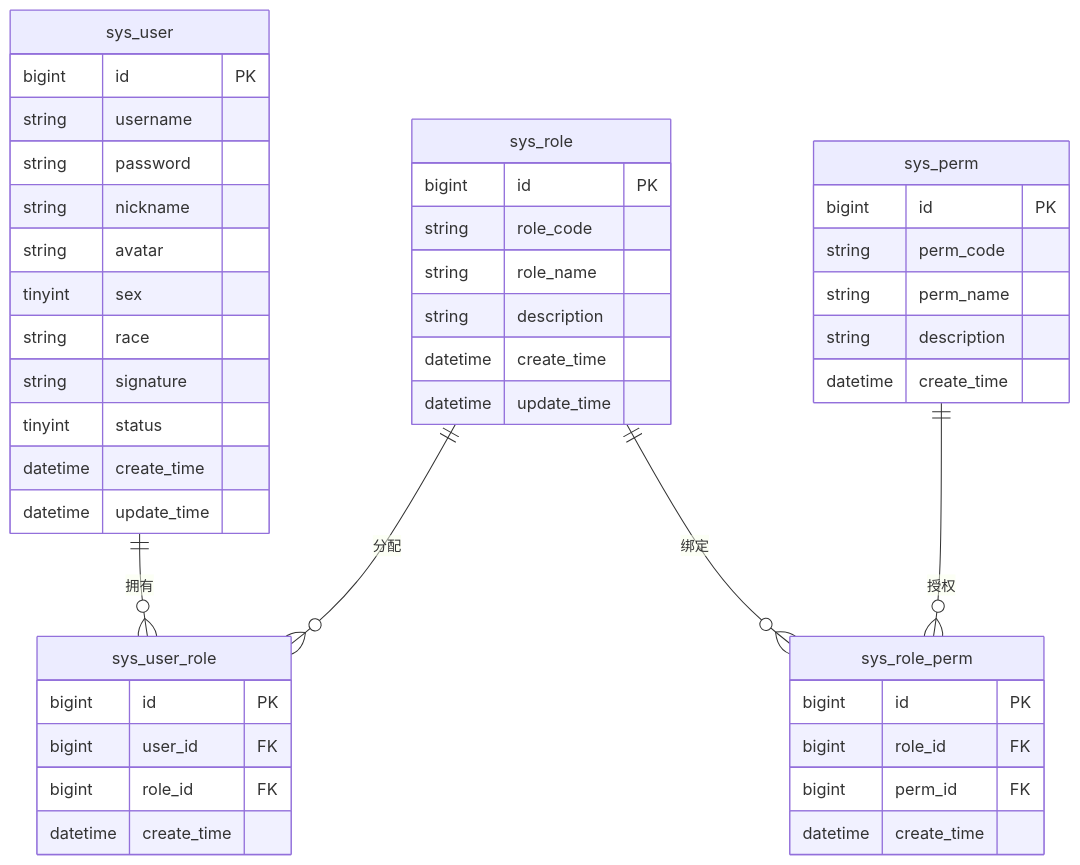
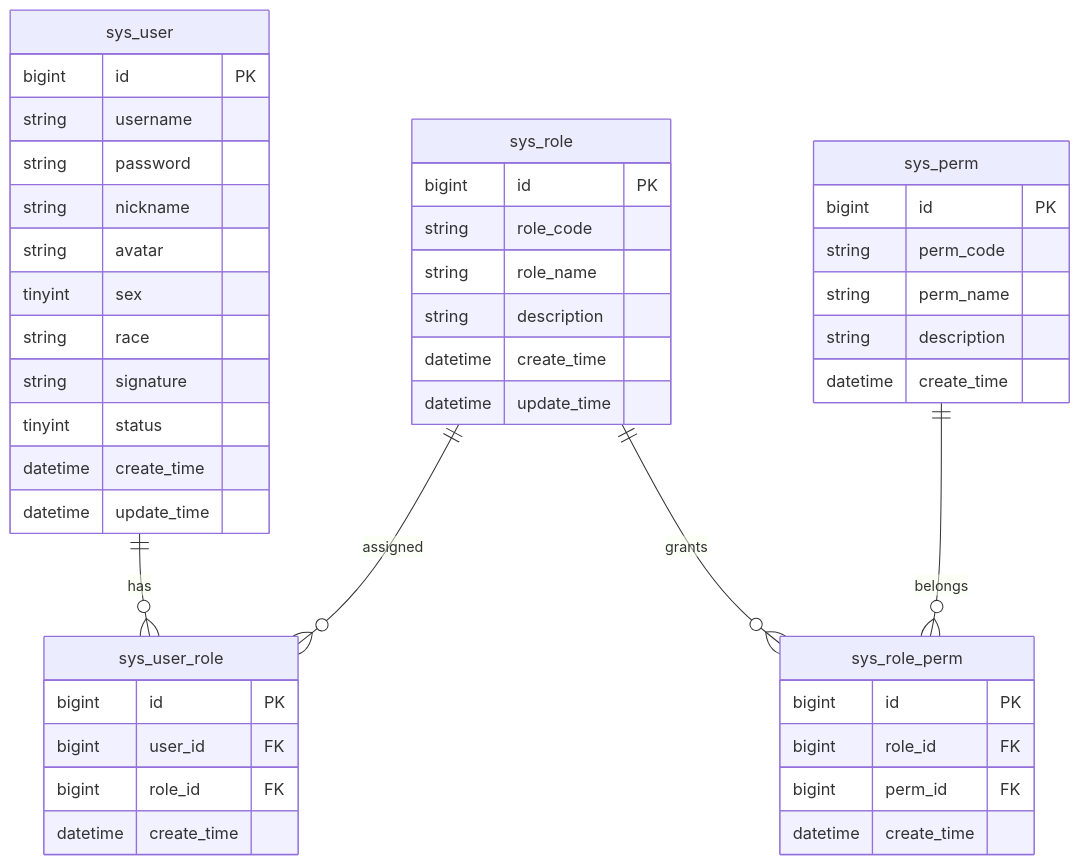
Before and after one commit to Nobeta-Work/faramita-bbs: the first of 2 diagrams in docs/v0.3.0/FRMT BBS v0.3.0 PRD.md, drawn with Mermaid. The commit also changed other lines of this file and 5 other files, not shown here.

````diff
--- a/docs/v0.3.0/FRMT BBS v0.3.0 PRD.md
+++ b/docs/v0.3.0/FRMT BBS v0.3.0 PRD.md
@@ -74,48 +67,48 @@
 ```mermaid
 erDiagram
     sys_user {
         bigint id PK
         string username
         string password
         string nickname
         string avatar
         tinyint sex
         string race
         string signature
         tinyint status
         datetime create_time
         datetime update_time
     }
     sys_role {
         bigint id PK
         string role_code
         string role_name
         string description
         datetime create_time
         datetime update_time
     }
     sys_perm {
         bigint id PK
         string perm_code
         string perm_name
         string description
         datetime create_time
     }
     sys_user_role {
         bigint id PK
         bigint user_id FK
         bigint role_id FK
         datetime create_time
     }
     sys_role_perm {
         bigint id PK
         bigint role_id FK
         bigint perm_id FK
         datetime create_time
     }
-  
-    sys_user ||--o{ sys_user_role : 拥有
-    sys_role ||--o{ sys_user_role : 分配
-    sys_role ||--o{ sys_role_perm : 绑定
-    sys_perm ||--o{ sys_role_perm : 授权
+
+    sys_user ||--o{ sys_user_role : has
+    sys_role ||--o{ sys_user_role : assigned
+    sys_role ||--o{ sys_role_perm : grants
+    sys_perm ||--o{ sys_role_perm : belongs
 ```
````
